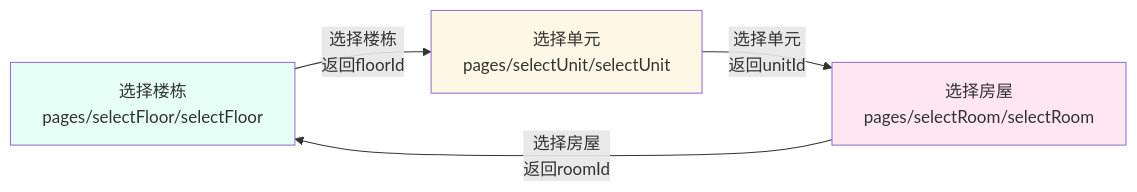
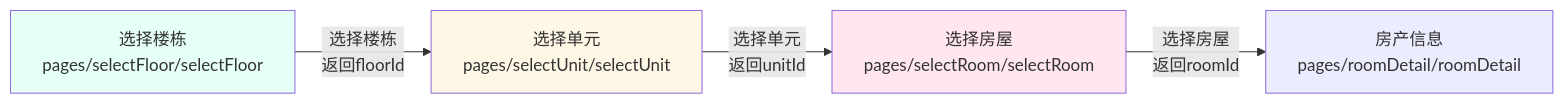
Diagram 18 of 19 in .github/reports/vue2-route-navigation-map.md (nwt-q/001-Smart-Community), drawn with Mermaid before and after one commit. The commit also changed other lines of this file, not shown here.

Commit message:
🐳 chore(root): 重新制作路由关系图标；

````diff
--- a/.github/reports/vue2-route-navigation-map.md
+++ b/.github/reports/vue2-route-navigation-map.md
@@ -275,14 +692,15 @@
 ```mermaid
 graph LR
     SelectFloor["选择楼栋<br/>pages/selectFloor/selectFloor"]
     SelectUnit["选择单元<br/>pages/selectUnit/selectUnit"]
     SelectRoom["选择房屋<br/>pages/selectRoom/selectRoom"]
+    RoomDetail["房产信息<br/>pages/roomDetail/roomDetail"]
 
     SelectFloor -->|选择楼栋<br/>返回floorId| SelectUnit
     SelectUnit -->|选择单元<br/>返回unitId| SelectRoom
-    SelectRoom -->|选择房屋<br/>返回roomId| SelectFloor
+    SelectRoom -->|选择房屋<br/>返回roomId| RoomDetail
 
     style SelectFloor fill:#e6fff7
     style SelectUnit fill:#fff7e6
     style SelectRoom fill:#ffe6f0
 ```
````
